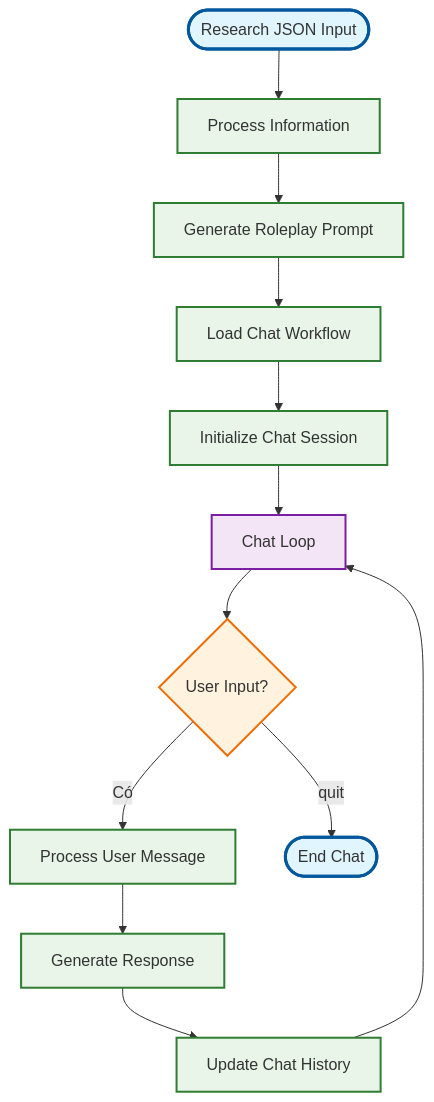
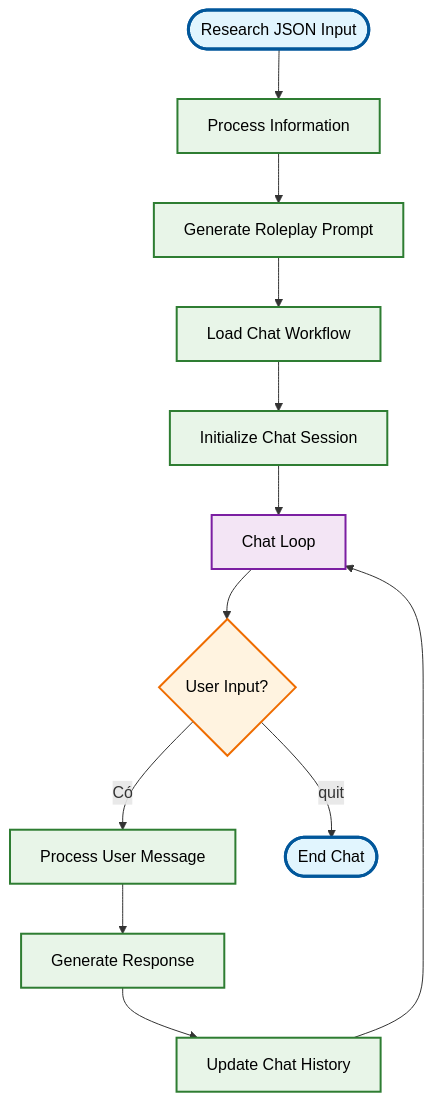
One commit to ThanhLOL123/talkWithPhilosopher changed the second of 2 diagrams in README.md. Above: the diagram before and after it, drawn with Mermaid. The commit also changed other lines of this file, not shown here.

````diff
--- a/README.md
+++ b/README.md
@@ -248,25 +248,25 @@
 ```mermaid
 flowchart TD
     START2([Research JSON Input]) --> I[Process Information]
     I --> J[Generate Roleplay Prompt]
     J --> K[Load Chat Workflow]
     K --> L[Initialize Chat Session]
     L --> M[Chat Loop]
     M --> N{User Input?}
     N -->|Có| O[Process User Message]
     N -->|"quit"| P([End Chat])
     O --> Q[Generate Response]
     Q --> R[Update Chat History]
     R --> M
     
     %% Styling  
-    classDef startEnd fill:#e1f5fe,stroke:#01579b,stroke-width:3px
-    classDef process fill:#e8f5e8,stroke:#2e7d32,stroke-width:2px
-    classDef decision fill:#fff3e0,stroke:#ef6c00,stroke-width:2px
-    classDef chat fill:#f3e5f5,stroke:#7b1fa2,stroke-width:2px
+    classDef startEnd fill:#e1f5fe,stroke:#01579b,stroke-width:3px,color:#000
+    classDef process fill:#e8f5e8,stroke:#2e7d32,stroke-width:2px,color:#000
+    classDef decision fill:#fff3e0,stroke:#ef6c00,stroke-width:2px,color:#000
+    classDef chat fill:#f3e5f5,stroke:#7b1fa2,stroke-width:2px,color:#000
     
     class START2,P startEnd
     class I,J,K,L,O,Q,R process
     class N decision
     class M chat
 ```
````
